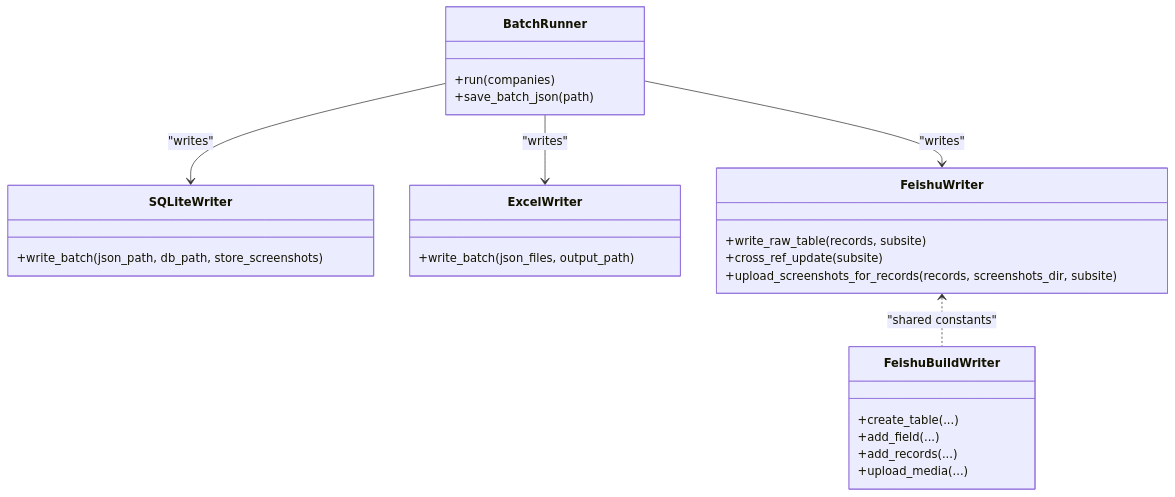
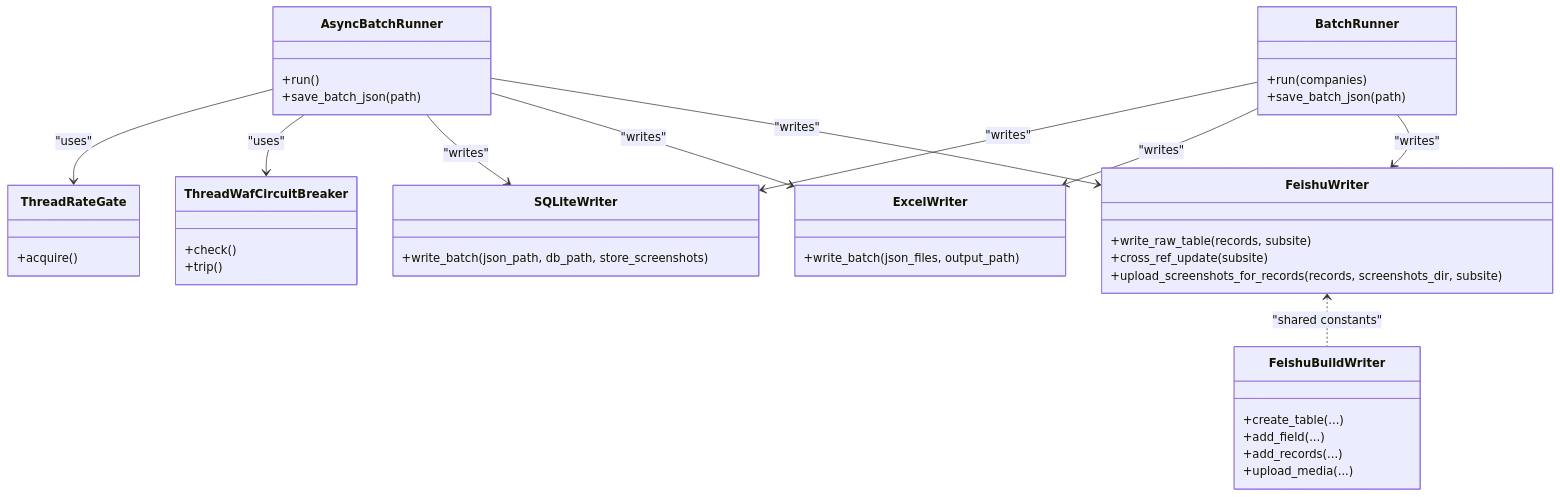
The seventh of 11 diagrams in .qoder/repowiki/en/content/Core Architecture/Core Architecture.md (supotato-ipj/zxgk_auto_query-skill), drawn with Mermaid before and after one commit. The commit also changed other lines of this file and 19 other files, not shown here.

````diff
--- a/.qoder/repowiki/en/content/Core Architecture/Core Architecture.md
+++ b/.qoder/repowiki/en/content/Core Architecture/Core Architecture.md
@@ -512,28 +589,44 @@
 ```mermaid
 classDiagram
 class BatchRunner {
 +run(companies)
 +save_batch_json(path)
+}
+class AsyncBatchRunner {
++run()
++save_batch_json(path)
+}
+class ThreadRateGate {
++acquire()
+}
+class ThreadWafCircuitBreaker {
++check()
++trip()
 }
 class SQLiteWriter {
 +write_batch(json_path, db_path, store_screenshots)
 }
 class ExcelWriter {
 +write_batch(json_files, output_path)
 }
 class FeishuWriter {
 +write_raw_table(records, subsite)
 +cross_ref_update(subsite)
 +upload_screenshots_for_records(records, screenshots_dir, subsite)
 }
 class FeishuBuildWriter {
 +create_table(...)
 +add_field(...)
 +add_records(...)
 +upload_media(...)
 }
 BatchRunner --> SQLiteWriter : "writes"
 BatchRunner --> ExcelWriter : "writes"
 BatchRunner --> FeishuWriter : "writes"
+AsyncBatchRunner --> ThreadRateGate : "uses"
+AsyncBatchRunner --> ThreadWafCircuitBreaker : "uses"
+AsyncBatchRunner --> SQLiteWriter : "writes"
+AsyncBatchRunner --> ExcelWriter : "writes"
+AsyncBatchRunner --> FeishuWriter : "writes"
 FeishuWriter <.. FeishuBuildWriter : "shared constants"
 ```
````
